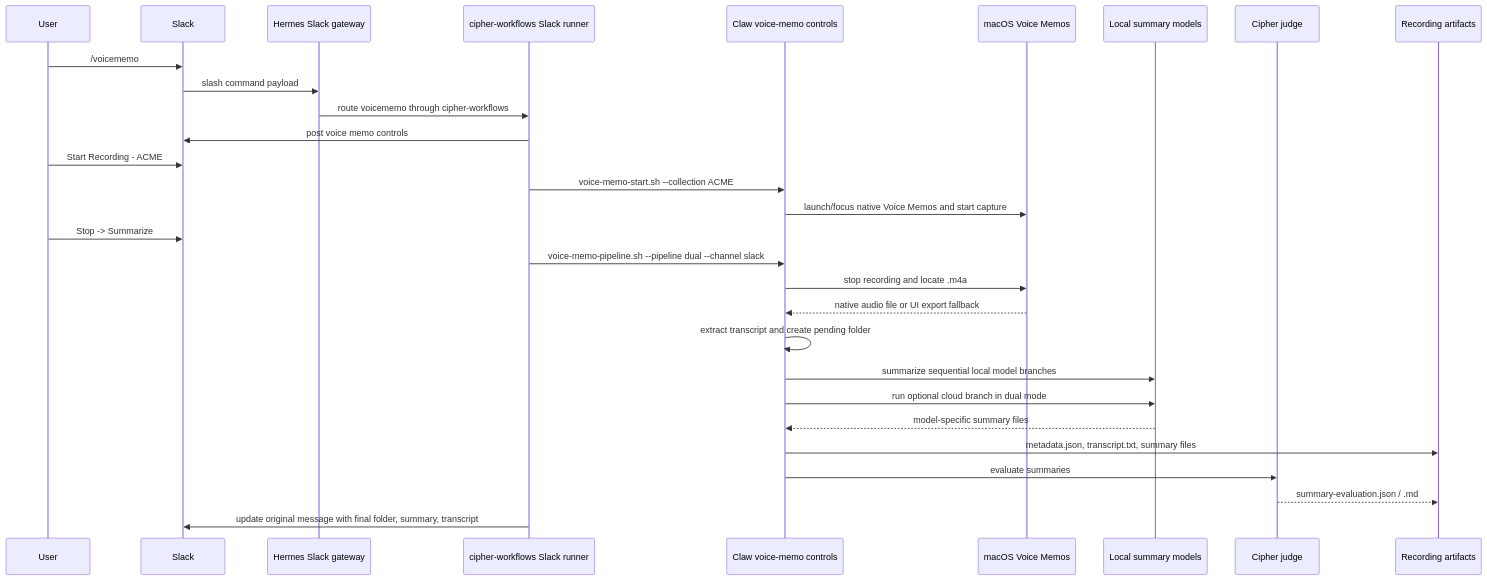
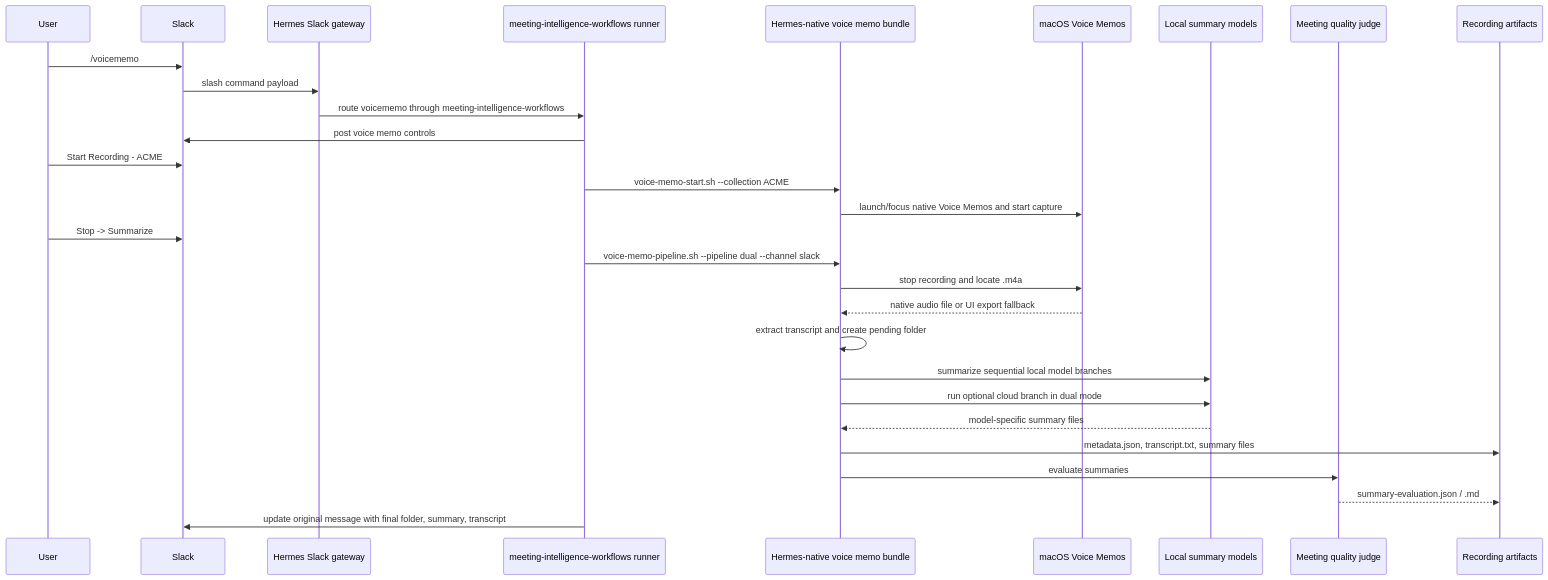
Before and after one commit to jbelnick/meeting-intelligence-pipelines: the diagram in docs/real-workflow.md, drawn with Mermaid. The commit also changed other lines of this file and 5 other files, not shown here.

````diff
--- a/docs/real-workflow.md
+++ b/docs/real-workflow.md
@@ -7,32 +7,32 @@
 ```mermaid
 sequenceDiagram
     participant User
     participant Slack
     participant Hermes as Hermes Slack gateway
-    participant Cipher as cipher-workflows Slack runner
-    participant Claw as Claw voice-memo controls
+    participant Workflows as meeting-intelligence-workflows runner
+    participant Native as Hermes-native voice memo bundle
     participant Mac as macOS Voice Memos
     participant Models as Local summary models
-    participant Judge as Cipher judge
+    participant Judge as Meeting quality judge
     participant Store as Recording artifacts
 
     User->>Slack: /voicememo
     Slack->>Hermes: slash command payload
-    Hermes->>Cipher: route voicememo through cipher-workflows
-    Cipher->>Slack: post voice memo controls
+    Hermes->>Workflows: route voicememo through meeting-intelligence-workflows
+    Workflows->>Slack: post voice memo controls
     User->>Slack: Start Recording - ACME
-    Cipher->>Claw: voice-memo-start.sh --collection ACME
-    Claw->>Mac: launch/focus native Voice Memos and start capture
+    Workflows->>Native: voice-memo-start.sh --collection ACME
+    Native->>Mac: launch/focus native Voice Memos and start capture
     User->>Slack: Stop -> Summarize
-    Cipher->>Claw: voice-memo-pipeline.sh --pipeline dual --channel slack
-    Claw->>Mac: stop recording and locate .m4a
-    Mac-->>Claw: native audio file or UI export fallback
-    Claw->>Claw: extract transcript and create pending folder
-    Claw->>Models: summarize sequential local model branches
-    Claw->>Models: run optional cloud branch in dual mode
-    Models-->>Claw: model-specific summary files
-    Claw->>Store: metadata.json, transcript.txt, summary files
-    Claw->>Judge: evaluate summaries
+    Workflows->>Native: voice-memo-pipeline.sh --pipeline dual --channel slack
+    Native->>Mac: stop recording and locate .m4a
+    Mac-->>Native: native audio file or UI export fallback
+    Native->>Native: extract transcript and create pending folder
+    Native->>Models: summarize sequential local model branches
+    Native->>Models: run optional cloud branch in dual mode
+    Models-->>Native: model-specific summary files
+    Native->>Store: metadata.json, transcript.txt, summary files
+    Native->>Judge: evaluate summaries
     Judge-->>Store: summary-evaluation.json / .md
-    Cipher->>Slack: update original message with final folder, summary, transcript
+    Workflows->>Slack: update original message with final folder, summary, transcript
 ```
````
